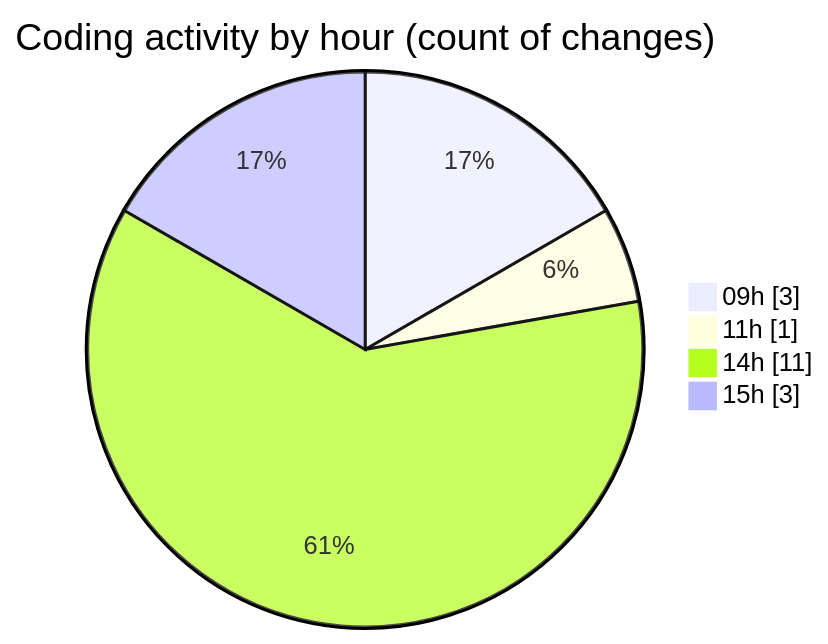
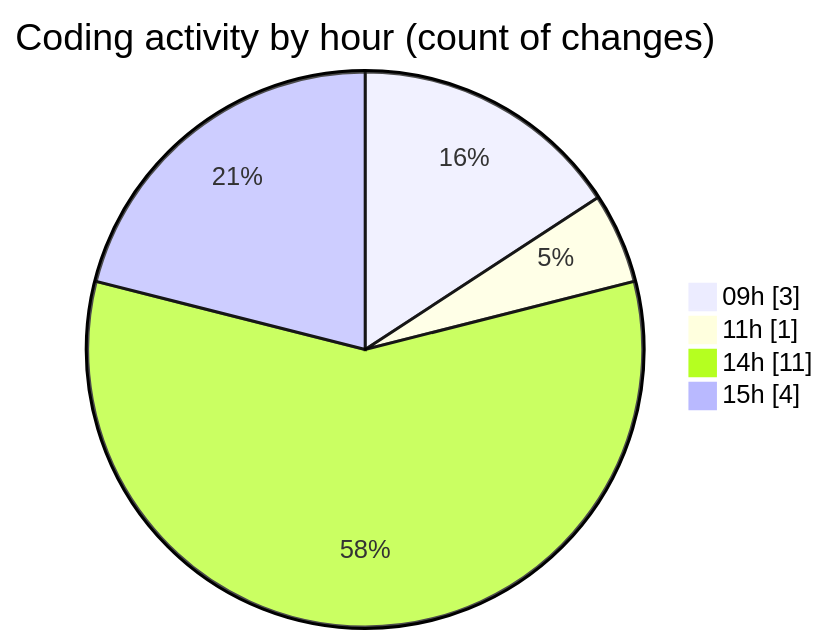
Before and after one commit to momahboobian/code-tracking: the second of 2 diagrams in 2025-09-25/cda/README.md, drawn with Mermaid. The commit also changed other lines of this file and 1 other file, not shown here.

````diff
--- a/2025-09-25/cda/README.md
+++ b/2025-09-25/cda/README.md
@@ -43,8 +44,8 @@
 ```mermaid
 pie showData
 title Coding activity by hour (count of changes)
 "09h" : 3
 "11h" : 1
 "14h" : 11
-"15h" : 3
+"15h" : 4
 ```
````
